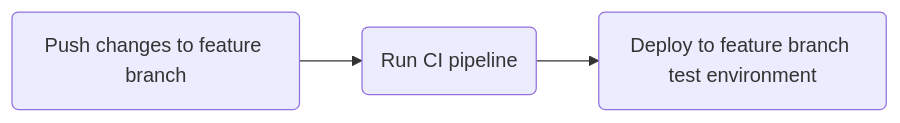
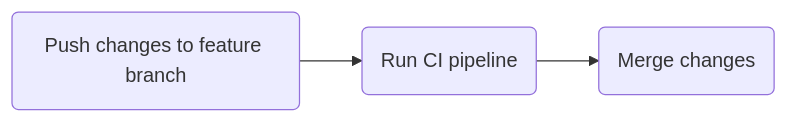
One commit to dcefram/blog changed the diagram in content/posts/making-ci-pipelines-faster.md. Above: the diagram before and after it, drawn with Mermaid. The commit also changed other lines of this file and 1 other file, not shown here.

````diff
--- a/content/posts/making-ci-pipelines-faster.md
+++ b/content/posts/making-ci-pipelines-faster.md
@@ -19,5 +15,5 @@
 ```mermaid
 flowchart LR
     A(Push changes to feature branch) --> B(Run CI pipeline)
-    B --> C(Deploy to feature branch test environment)
+    B --> C(Merge changes)
 ```
````
